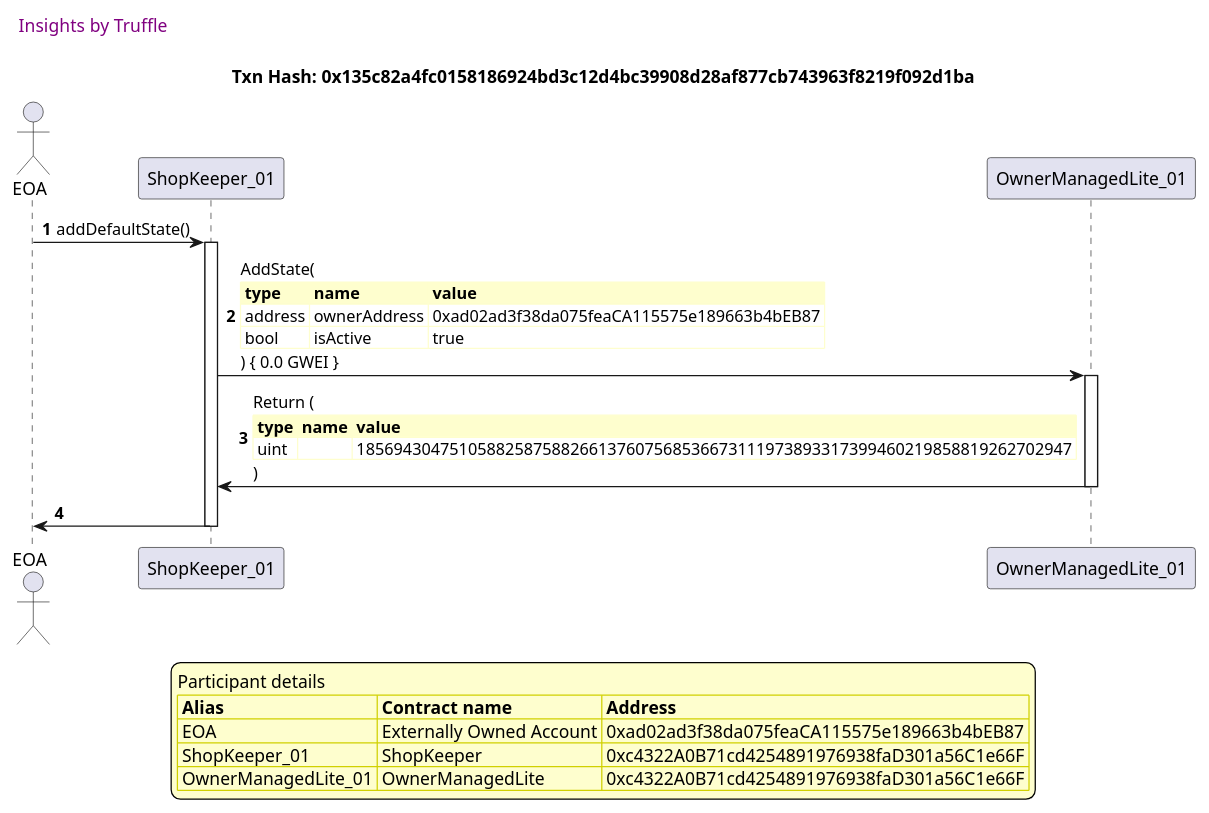
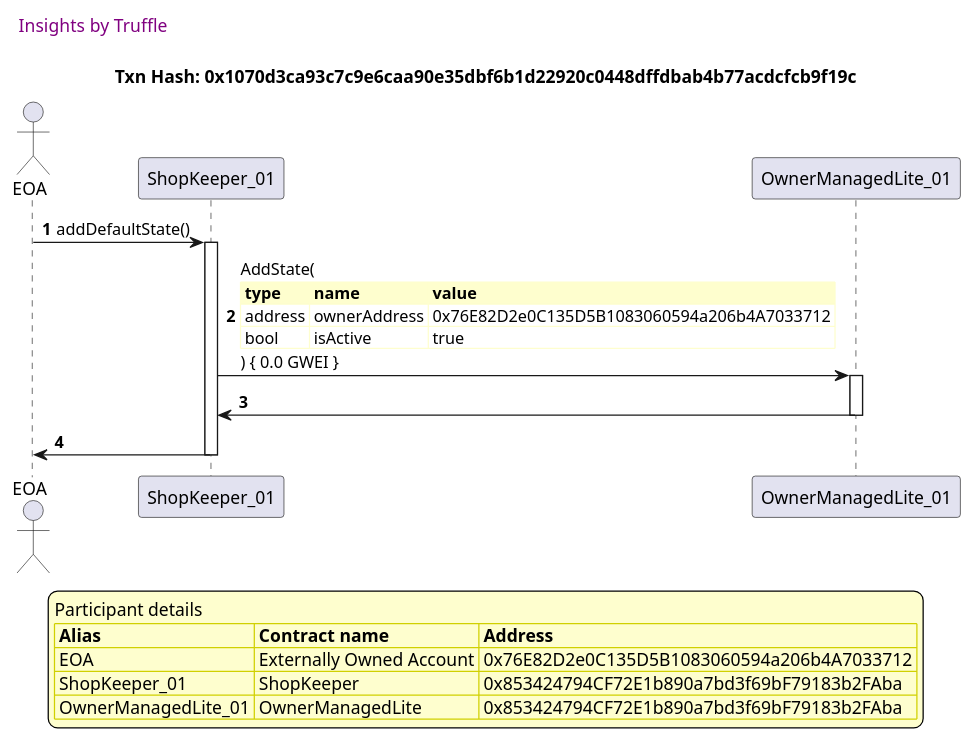
One commit to thedarkjester/ConsensysAssignment changed the ninth of 10 diagrams in truffle-seq/Shop_test_shopkeeper_add_shop.md. Above: the diagram before and after it, drawn with PlantUML. The commit also changed other lines of this file and 13 other files, not shown here.

````diff
--- a/truffle-seq/Shop_test_shopkeeper_add_shop.md
+++ b/truffle-seq/Shop_test_shopkeeper_add_shop.md
@@ -437,48 +407,45 @@
 ```plantuml
 
 
 @startuml
 
 autonumber
 skinparam legendBackgroundColor #FEFECE
 
 <style>
       header {
         HorizontalAlignment left
         FontColor purple
         FontSize 14
         Padding 10
       }
     </style>
 
 header Insights by Truffle
 
-title Txn Hash: 0x135c82a4fc0158186924bd3c12d4bc39908d28af877cb743963f8219f092d1ba
+title Txn Hash: 0x1070d3ca93c7c9e6caa90e35dbf6b1d22920c0448dffdbab4b77acdcfcb9f19c
 
 
 actor EOA as "EOA"
 participant ShopKeeper_01 as "ShopKeeper_01"
 participant OwnerManagedLite_01 as "OwnerManagedLite_01"
 
 "EOA" -> "ShopKeeper_01" ++: addDefaultState()
 "ShopKeeper_01" -> "OwnerManagedLite_01" ++: AddState(\n\
 <#FEFECE,#FEFECE>|= type |= name |= value |\n\
-| address | ownerAddress | 0xad02ad3f38da075feaCA115575e189663b4bEB87 |\n\
+| address | ownerAddress | 0x76E82D2e0C135D5B1083060594a206b4A7033712 |\n\
 | bool | isActive | true |\n\
 ) { 0.0 GWEI }
-"OwnerManagedLite_01" -> "ShopKeeper_01" --: Return (\n\
-<#FEFECE,#FEFECE>|= type |= name |= value |\n\
-| uint |  | 18569430475105882587588266137607568536673111973893317399460219858819262702947 |\n\
-)
+"OwnerManagedLite_01" -> "ShopKeeper_01" --: 
 "ShopKeeper_01" -> "EOA" --: 
 
 legend
 Participant details
 <#FEFECE,#D0D000>|= Alias |= Contract name |= Address |
-<#FEFECE>| EOA | Externally Owned Account | 0xad02ad3f38da075feaCA115575e189663b4bEB87 |
-<#FEFECE>| ShopKeeper_01 | ShopKeeper | 0xc4322A0B71cd4254891976938faD301a56C1e66F |
-<#FEFECE>| OwnerManagedLite_01 | OwnerManagedLite | 0xc4322A0B71cd4254891976938faD301a56C1e66F |
+<#FEFECE>| EOA | Externally Owned Account | 0x76E82D2e0C135D5B1083060594a206b4A7033712 |
+<#FEFECE>| ShopKeeper_01 | ShopKeeper | 0x853424794CF72E1b890a7bd3f69bF79183b2FAba |
+<#FEFECE>| OwnerManagedLite_01 | OwnerManagedLite | 0x853424794CF72E1b890a7bd3f69bF79183b2FAba |
 endlegend
 
 @enduml
 ```
````
